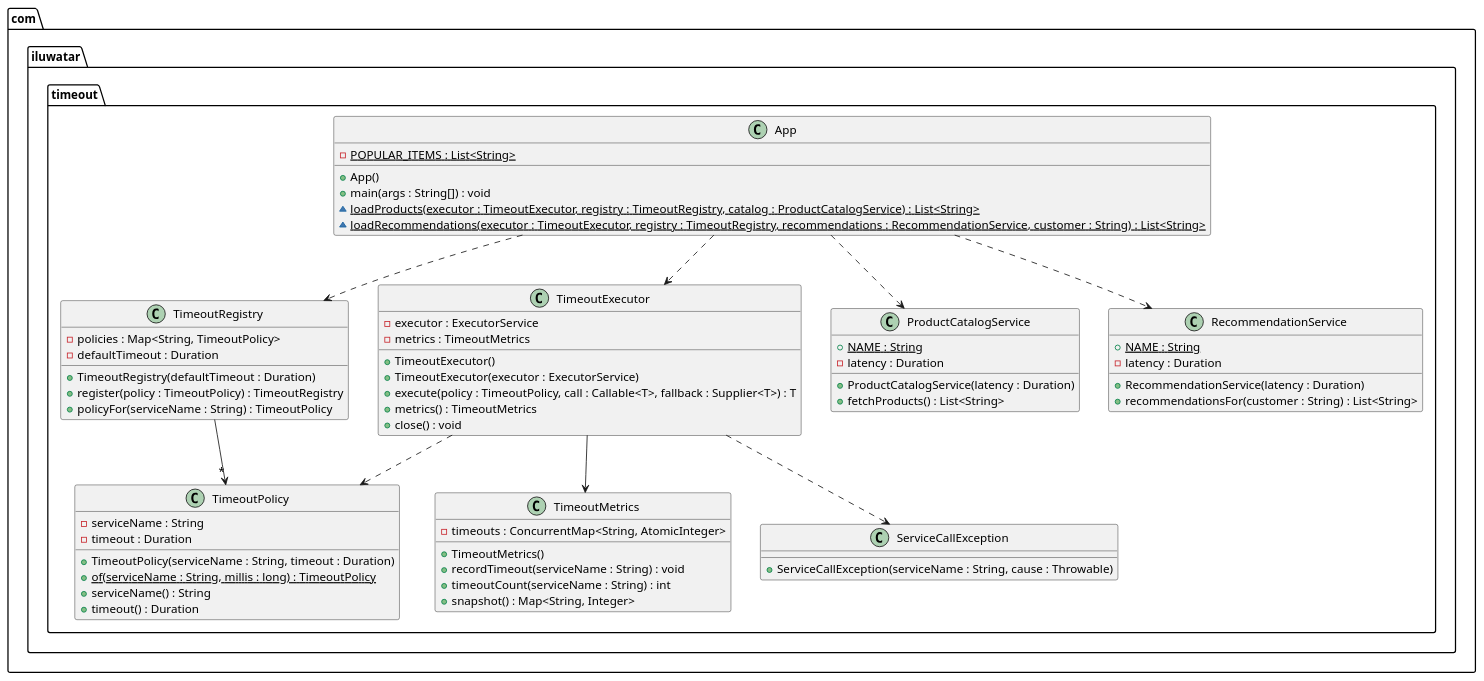
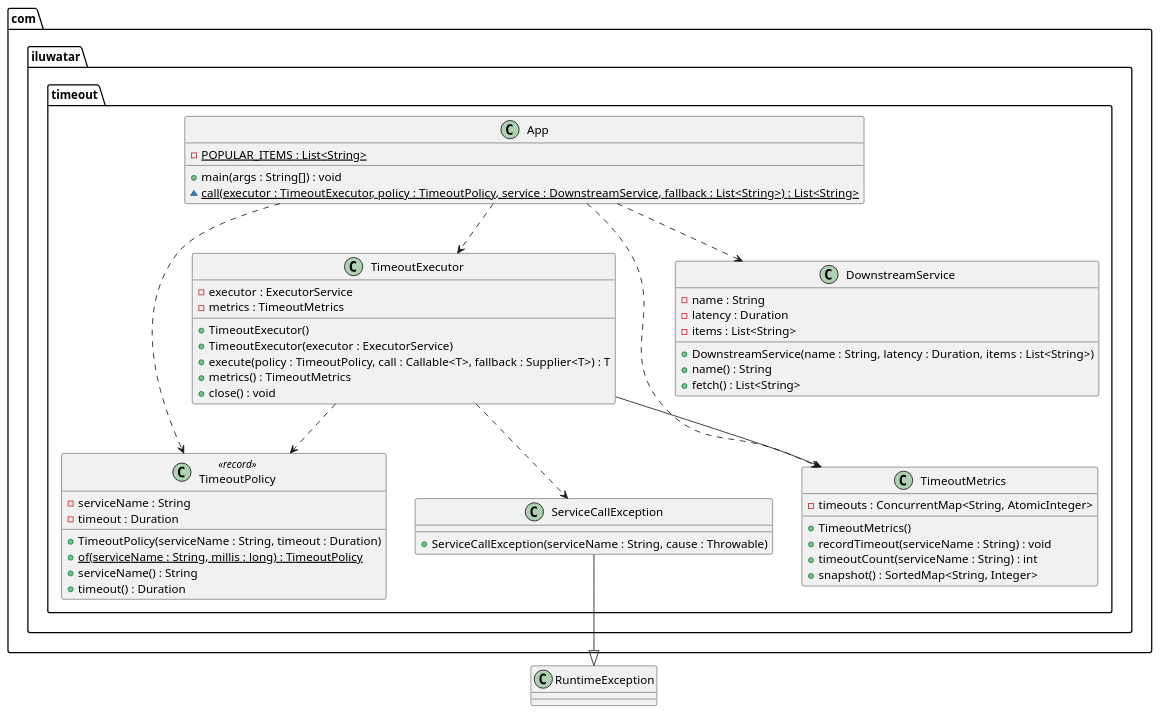
The diagram in timeout/etc/timeout.urm.puml (ylcn91/java-design-patterns), drawn with PlantUML before and after one commit. The commit also changed 12 other files, not shown here.

```diff
--- a/timeout/etc/timeout.urm.puml
+++ b/timeout/etc/timeout.urm.puml
@@ -1,65 +1,52 @@
 @startuml
 package com.iluwatar.timeout {
-  class TimeoutPolicy {
+  class TimeoutPolicy <<record>> {
     - serviceName : String
     - timeout : Duration
     + TimeoutPolicy(serviceName : String, timeout : Duration)
     + of(serviceName : String, millis : long) : TimeoutPolicy {static}
     + serviceName() : String
     + timeout() : Duration
   }
-  class TimeoutRegistry {
-    - policies : Map<String, TimeoutPolicy>
-    - defaultTimeout : Duration
-    + TimeoutRegistry(defaultTimeout : Duration)
-    + register(policy : TimeoutPolicy) : TimeoutRegistry
-    + policyFor(serviceName : String) : TimeoutPolicy
-  }
   class TimeoutMetrics {
     - timeouts : ConcurrentMap<String, AtomicInteger>
     + TimeoutMetrics()
     + recordTimeout(serviceName : String) : void
     + timeoutCount(serviceName : String) : int
-    + snapshot() : Map<String, Integer>
+    + snapshot() : SortedMap<String, Integer>
   }
   class TimeoutExecutor {
     - executor : ExecutorService
     - metrics : TimeoutMetrics
     + TimeoutExecutor()
     + TimeoutExecutor(executor : ExecutorService)
     + execute(policy : TimeoutPolicy, call : Callable<T>, fallback : Supplier<T>) : T
     + metrics() : TimeoutMetrics
     + close() : void
   }
   class ServiceCallException {
     + ServiceCallException(serviceName : String, cause : Throwable)
   }
-  class ProductCatalogService {
-    + NAME : String {static}
+  class DownstreamService {
+    - name : String
     - latency : Duration
-    + ProductCatalogService(latency : Duration)
-    + fetchProducts() : List<String>
-  }
-  class RecommendationService {
-    + NAME : String {static}
-    - latency : Duration
-    + RecommendationService(latency : Duration)
-    + recommendationsFor(customer : String) : List<String>
+    - items : List<String>
+    + DownstreamService(name : String, latency : Duration, items : List<String>)
+    + name() : String
+    + fetch() : List<String>
   }
   class App {
     - POPULAR_ITEMS : List<String> {static}
-    + App()
     + main(args : String[]) : void
-    ~ loadProducts(executor : TimeoutExecutor, registry : TimeoutRegistry, catalog : ProductCatalogService) : List<String> {static}
-    ~ loadRecommendations(executor : TimeoutExecutor, registry : TimeoutRegistry, recommendations : RecommendationService, customer : String) : List<String> {static}
+    ~ call(executor : TimeoutExecutor, policy : TimeoutPolicy, service : DownstreamService, fallback : List<String>) : List<String> {static}
   }
 }
+ServiceCallException --|> RuntimeException
 TimeoutExecutor --> TimeoutMetrics
 TimeoutExecutor ..> TimeoutPolicy
 TimeoutExecutor ..> ServiceCallException
-TimeoutRegistry --> "*" TimeoutPolicy
-App ..> TimeoutRegistry
+App ..> TimeoutPolicy
 App ..> TimeoutExecutor
-App ..> ProductCatalogService
-App ..> RecommendationService
+App ..> TimeoutMetrics
+App ..> DownstreamService
 @enduml
```
